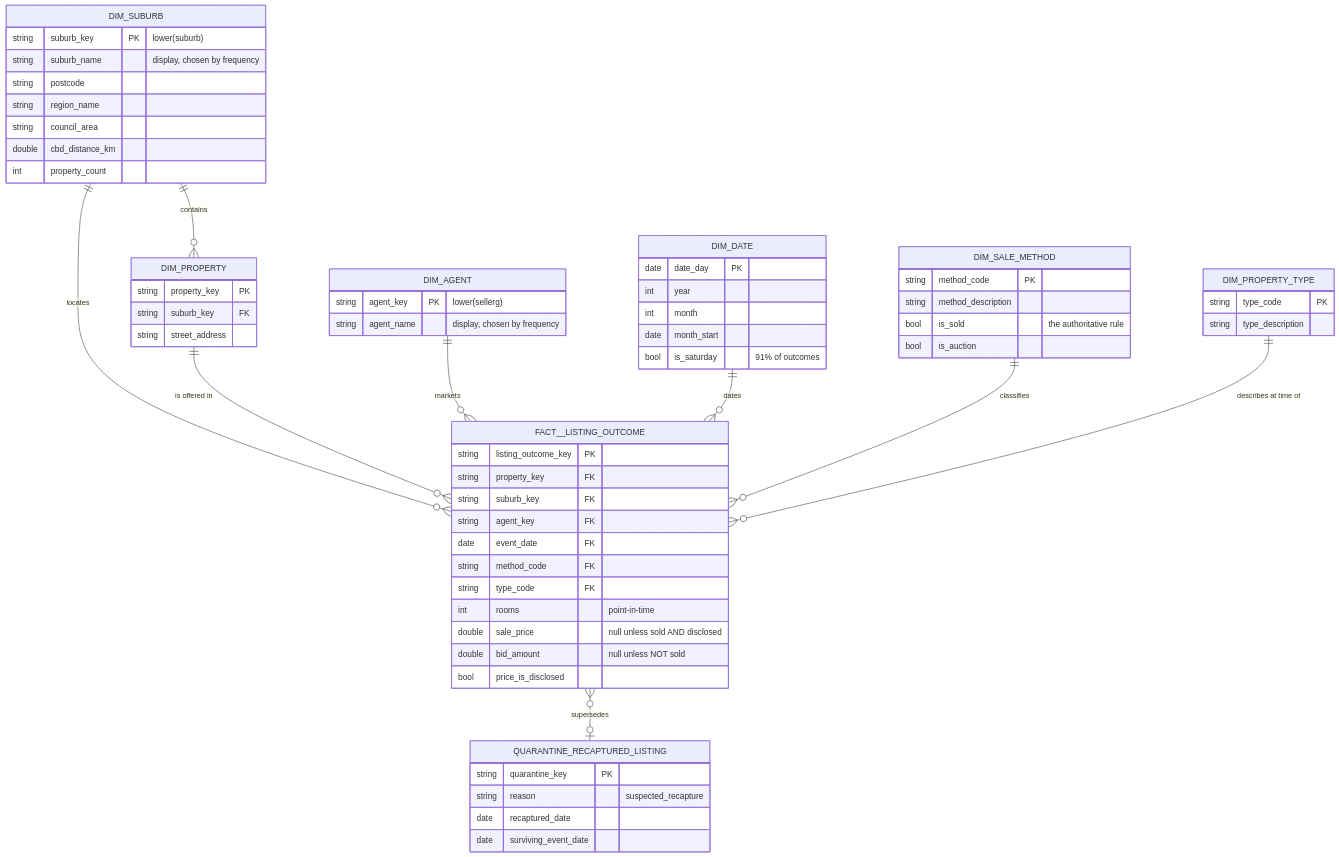
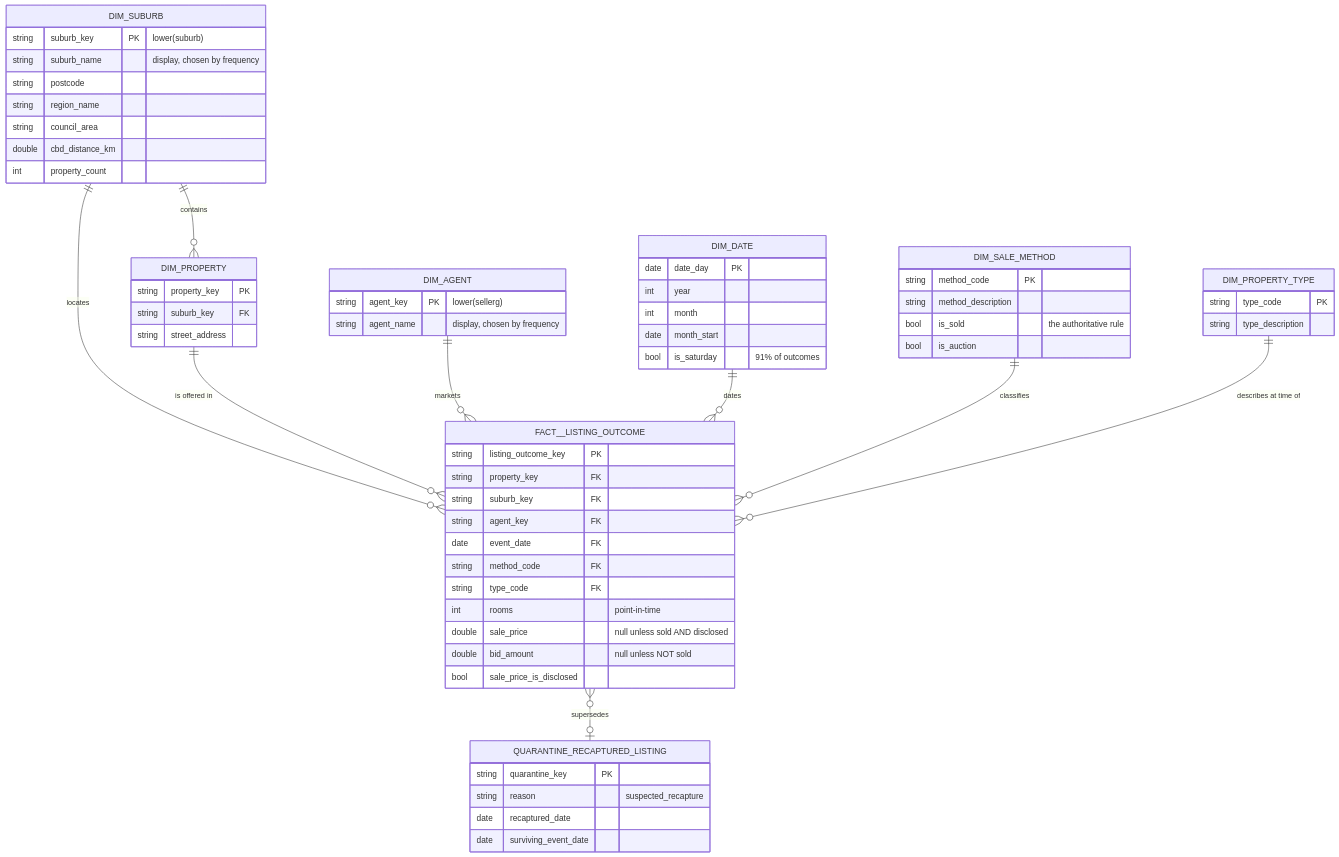
Before and after one commit to contextdotmd/melbourne-housing-pipeline: the diagram in docs/data-model.md, drawn with Mermaid. The commit also changed other lines of this file and 1 other file, not shown here.

````diff
--- a/docs/data-model.md
+++ b/docs/data-model.md
@@ -44,66 +47,66 @@
 ```mermaid
 erDiagram
     DIM_SUBURB ||--o{ DIM_PROPERTY : "contains"
     DIM_SUBURB ||--o{ FACT__LISTING_OUTCOME : "locates"
     DIM_PROPERTY ||--o{ FACT__LISTING_OUTCOME : "is offered in"
     DIM_AGENT ||--o{ FACT__LISTING_OUTCOME : "markets"
     DIM_DATE ||--o{ FACT__LISTING_OUTCOME : "dates"
     DIM_SALE_METHOD ||--o{ FACT__LISTING_OUTCOME : "classifies"
     DIM_PROPERTY_TYPE ||--o{ FACT__LISTING_OUTCOME : "describes at time of"
     FACT__LISTING_OUTCOME }o--o| QUARANTINE_RECAPTURED_LISTING : "supersedes"
 
     DIM_SUBURB {
         string suburb_key PK "lower(suburb)"
         string suburb_name "display, chosen by frequency"
         string postcode
         string region_name
         string council_area
         double cbd_distance_km
         int property_count
     }
     DIM_PROPERTY {
         string property_key PK
         string suburb_key FK
         string street_address
     }
     DIM_AGENT {
         string agent_key PK "lower(sellerg)"
         string agent_name "display, chosen by frequency"
     }
     DIM_DATE {
         date date_day PK
         int year
         int month
         date month_start
         bool is_saturday "91% of outcomes"
     }
     DIM_SALE_METHOD {
         string method_code PK
         string method_description
         bool is_sold "the authoritative rule"
         bool is_auction
     }
     DIM_PROPERTY_TYPE {
         string type_code PK
         string type_description
     }
     FACT__LISTING_OUTCOME {
         string listing_outcome_key PK
         string property_key FK
         string suburb_key FK
         string agent_key FK
         date event_date FK
         string method_code FK
         string type_code FK
         int rooms "point-in-time"
         double sale_price "null unless sold AND disclosed"
         double bid_amount "null unless NOT sold"
-        bool price_is_disclosed
+        bool sale_price_is_disclosed
     }
     QUARANTINE_RECAPTURED_LISTING {
         string quarantine_key PK
         string reason "suspected_recapture"
         date recaptured_date
         date surviving_event_date
     }
 ```
````
